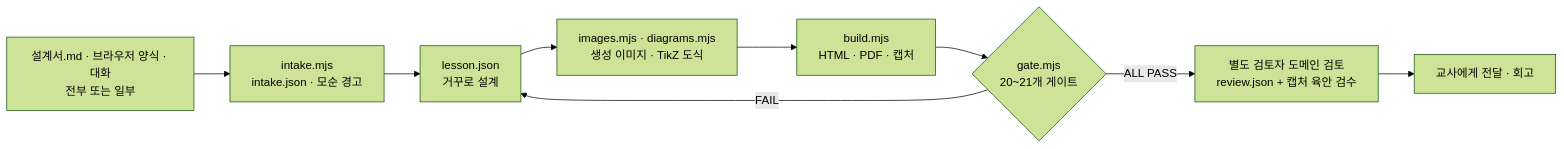
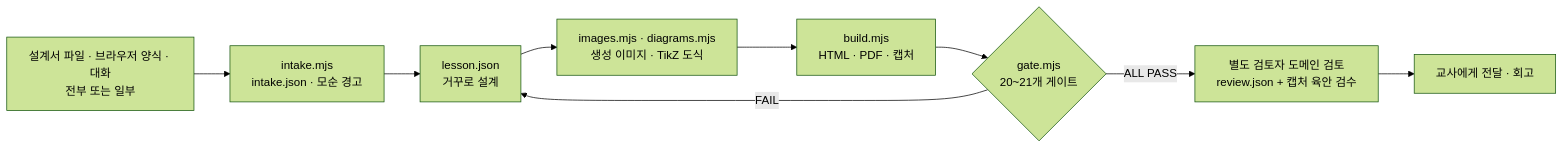
One commit to sehunYang/classforge changed the diagram in README.md. Above: the diagram before and after it, drawn with Mermaid (forest theme). The commit also changed other lines of this file and 11 other files, not shown here.

````diff
--- a/README.md
+++ b/README.md
@@ -55,11 +55,11 @@
 ```mermaid
 flowchart LR
-  A[설계서.md · 브라우저 양식 · 대화<br/>전부 또는 일부] --> B[intake.mjs<br/>intake.json · 모순 경고]
+  A[설계서 파일 · 브라우저 양식 · 대화<br/>전부 또는 일부] --> B[intake.mjs<br/>intake.json · 모순 경고]
   B --> C[lesson.json<br/>거꾸로 설계]
   C --> D[images.mjs · diagrams.mjs<br/>생성 이미지 · TikZ 도식]
   D --> E[build.mjs<br/>HTML · PDF · 캡처]
   E --> F{gate.mjs<br/>20~21개 게이트}
   F -- FAIL --> C
   F -- ALL PASS --> G[별도 검토자 도메인 검토<br/>review.json + 캡처 육안 검수]
   G --> H[교사에게 전달 · 회고]
 ```
````
